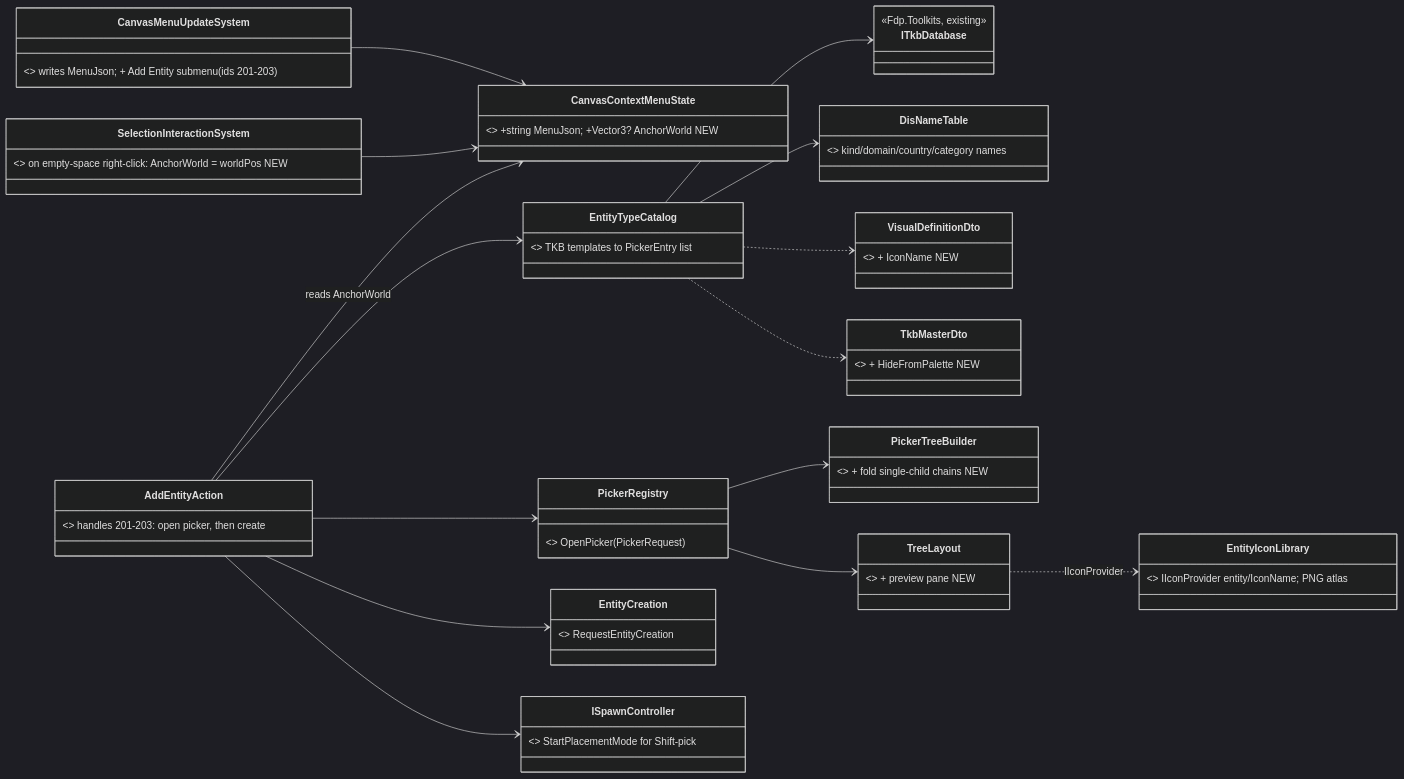
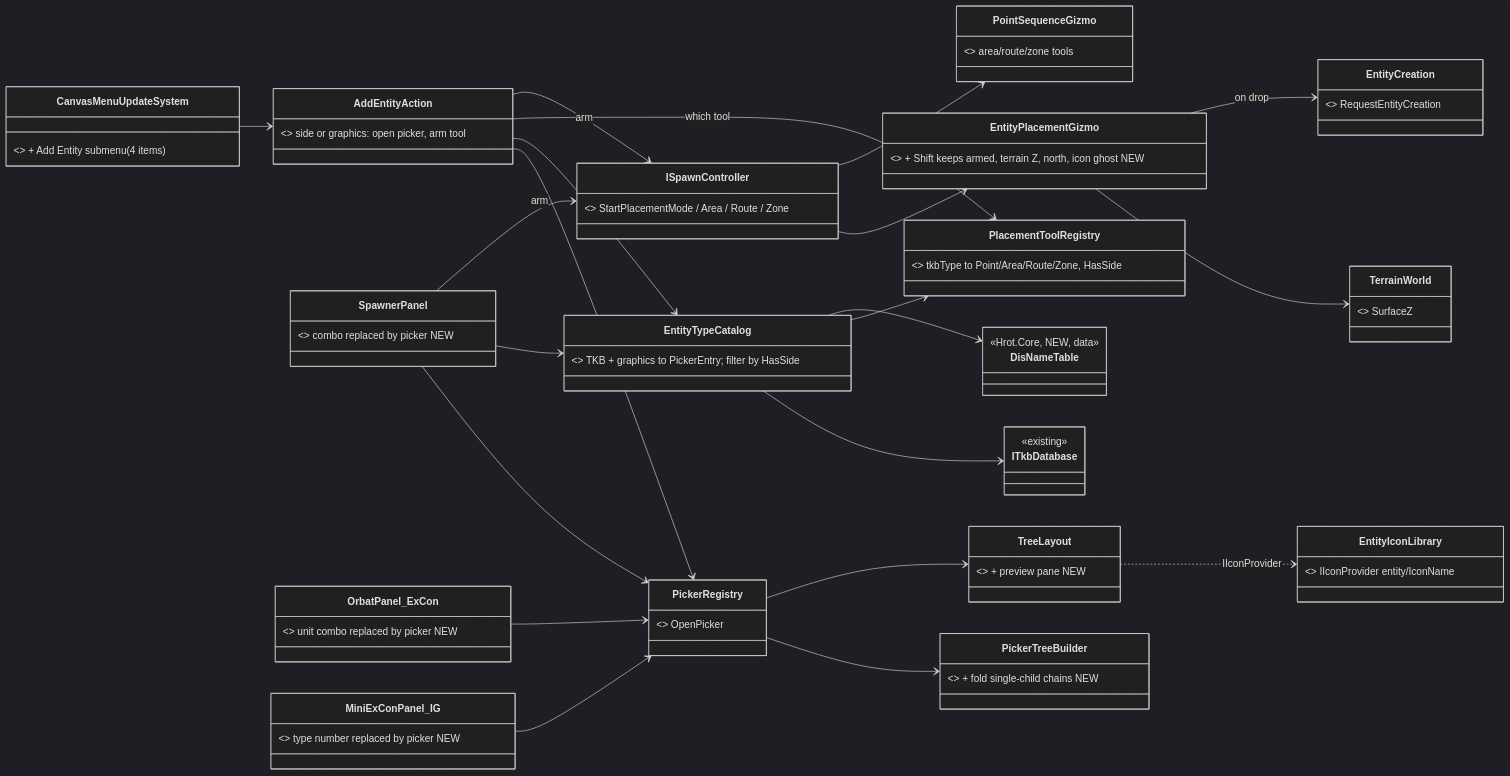
One commit to pjanec/HROT changed the first of 3 diagrams in docs/DESIGN_Add_Entity_Picker.md. Above: the diagram before and after it, drawn with Mermaid (dark theme). The commit also changed other lines of this file and 2 other files, not shown here.

First line of the commit message:
Design rev 2: Add Entity picker with the user's rulings (CE-1017)

````diff
--- a/docs/DESIGN_Add_Entity_Picker.md
+++ b/docs/DESIGN_Add_Entity_Picker.md
@@ -81,33 +97,42 @@
 ```mermaid
 classDiagram
     direction LR
-    class CanvasMenuUpdateSystem { <<Hrot.Presentation, existing>> writes MenuJson; + Add Entity submenu (ids 201-203) }
-    class CanvasContextMenuState { <<Hrot.Core, existing>> +string MenuJson; +Vector3? AnchorWorld NEW }
-    class SelectionInteractionSystem { <<existing>> on empty-space right-click: AnchorWorld = worldPos NEW }
-    class AddEntityAction { <<Hrot.Presentation, NEW>> handles 201-203: open picker, then create }
-    class EntityTypeCatalog { <<Hrot.Presentation, NEW>> TKB templates to PickerEntry list }
-    class DisNameTable { <<Hrot.Core, NEW, data>> kind/domain/country/category names }
-    class EntityIconLibrary { <<Hrot.Presentation, NEW>> IIconProvider entity/IconName; PNG atlas }
-    class PickerRegistry { <<NodeEditor.UI, existing>> OpenPicker(PickerRequest) }
-    class PickerTreeBuilder { <<NodeEditor.UI, existing>> + fold single-child chains NEW }
-    class TreeLayout { <<NodeEditor.UI, existing>> + preview pane NEW }
-    class ITkbDatabase { <<Fdp.Toolkits, existing>> }
-    class VisualDefinitionDto { <<existing>> + IconName NEW }
-    class TkbMasterDto { <<existing>> + HideFromPalette NEW }
+    class CanvasMenuUpdateSystem { <<Hrot.Presentation, existing>> + Add Entity submenu (4 items) }
+    class AddEntityAction { <<Hrot.Presentation, NEW>> side or graphics: open picker, arm tool }
+    class SpawnerPanel { <<existing>> combo replaced by picker NEW }
+    class OrbatPanel_ExCon { <<existing>> unit combo replaced by picker NEW }
+    class MiniExConPanel_IG { <<existing>> type number replaced by picker NEW }
+    class EntityTypeCatalog { <<Hrot.Presentation, NEW>> TKB + graphics to PickerEntry; filter by HasSide }
+    class PlacementToolRegistry { <<Hrot.Presentation, NEW>> tkbType to Point/Area/Route/Zone, HasSide }
+    class DisNameTable { <<Hrot.Core, NEW, data>> }
+    class EntityIconLibrary { <<Hrot.Presentation, NEW>> IIconProvider entity/IconName }
+    class PickerRegistry { <<NodeEditor.UI, existing>> OpenPicker }
+    class PickerTreeBuilder { <<existing>> + fold single-child chains NEW }
+    class TreeLayout { <<existing>> + preview pane NEW }
+    class ISpawnController { <<existing>> StartPlacementMode / Area / Route / Zone }
+    class EntityPlacementGizmo { <<existing>> + Shift keeps armed, terrain Z, north, icon ghost NEW }
+    class PointSequenceGizmo { <<existing>> area/route/zone tools }
     class EntityCreation { <<Hrot.Common, existing>> RequestEntityCreation }
-    class ISpawnController { <<existing>> StartPlacementMode for Shift-pick }
-    CanvasMenuUpdateSystem --> CanvasContextMenuState
-    SelectionInteractionSystem --> CanvasContextMenuState
-    AddEntityAction --> CanvasContextMenuState : reads AnchorWorld
+    class ITkbDatabase { <<existing>> }
+    class TerrainWorld { <<Fdp.Toolkits, existing>> SurfaceZ }
+    CanvasMenuUpdateSystem --> AddEntityAction
+    AddEntityAction --> PickerRegistry
+    SpawnerPanel --> PickerRegistry
+    OrbatPanel_ExCon --> PickerRegistry
+    MiniExConPanel_IG --> PickerRegistry
     AddEntityAction --> EntityTypeCatalog
-    AddEntityAction --> PickerRegistry
-    AddEntityAction --> EntityCreation
-    AddEntityAction --> ISpawnController
+    SpawnerPanel --> EntityTypeCatalog
     EntityTypeCatalog --> ITkbDatabase
+    EntityTypeCatalog --> PlacementToolRegistry
     EntityTypeCatalog --> DisNameTable
-    EntityTypeCatalog ..> VisualDefinitionDto
-    EntityTypeCatalog ..> TkbMasterDto
+    AddEntityAction --> PlacementToolRegistry : which tool
+    AddEntityAction --> ISpawnController : arm
+    SpawnerPanel --> ISpawnController : arm
+    ISpawnController --> EntityPlacementGizmo
+    ISpawnController --> PointSequenceGizmo
+    EntityPlacementGizmo --> TerrainWorld
+    EntityPlacementGizmo --> EntityCreation : on drop
     PickerRegistry --> PickerTreeBuilder
     PickerRegistry --> TreeLayout
     TreeLayout ..> EntityIconLibrary : IIconProvider
 ```
````
